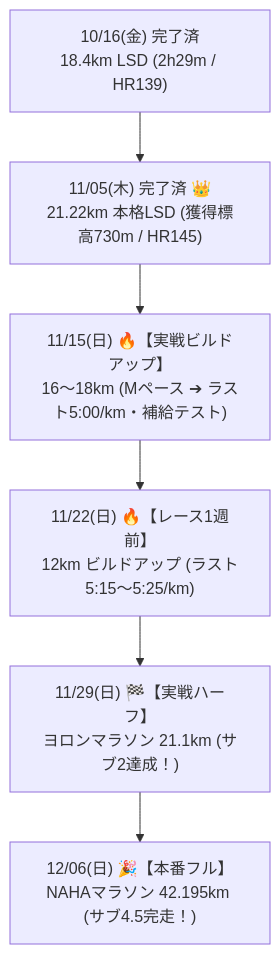
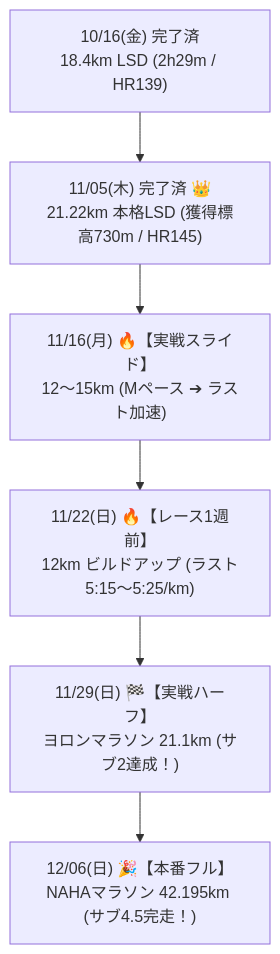
One commit to nem6ishi/running_analytics changed the diagram in docs/TRAINING_PLAN_2026.md. Above: the diagram before and after it, drawn with Mermaid. The commit also changed other lines of this file and 3 other files, not shown here.

````diff
--- a/docs/TRAINING_PLAN_2026.md
+++ b/docs/TRAINING_PLAN_2026.md
@@ -31,8 +31,8 @@
 ```mermaid
 flowchart TD
     L1["10/16(金) 完了済<br/>18.4km LSD (2h29m / HR139)"] --> L2["11/05(木) 完了済 👑<br/>21.22km 本格LSD (獲得標高730m / HR145)"]
-    L2 --> L3["11/15(日) 🔥【実戦ビルドアップ】<br/>16〜18km (Mペース ➔ ラスト5:00/km・補給テスト)"]
+    L2 --> L3["11/16(月) 🔥【実戦スライド】<br/>12〜15km (Mペース ➔ ラスト加速)"]
     L3 --> L4["11/22(日) 🔥【レース1週前】<br/>12km ビルドアップ (ラスト5:15〜5:25/km)"]
     L4 --> L5["11/29(日) 🏁【実戦ハーフ】<br/>ヨロンマラソン 21.1km (サブ2達成！)"]
     L5 --> L6["12/06(日) 🎉【本番フル】<br/>NAHAマラソン 42.195km (サブ4.5完走！)"]
 ```
````
